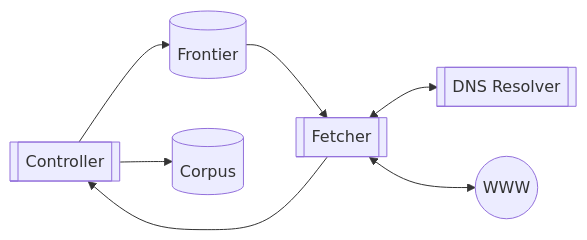
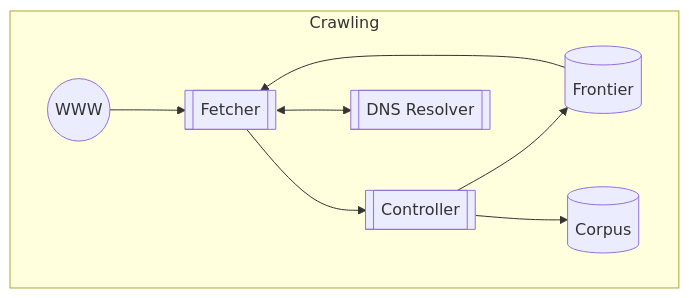
Before and after one commit to UFMG-Organizacao-de-Disciplinas/DCC831-TECC_Recuperacao_de_Informacao: the second of 20 diagrams in Files/Notas de aula.md, drawn with Mermaid. The commit also changed other lines of this file, not shown here.

````diff
--- a/Files/Notas de aula.md
+++ b/Files/Notas de aula.md
@@ -319,20 +326,17 @@
 ```mermaid
 graph LR
 
-  %% [[Controller]] --> [(Frontier)] --> [[Fetcher]] <--> [[DNS Resolver]] & ((WWW))
-  %% [[Fetcher]] --> [[Controller]] --> [(Corpus)]
+  subgraph Crawling
+    direction LR
+    WWW((WWW))
+    fetch[[Fetcher]]
+    DNS[[DNS Resolver]]
+    contr[[Controller]]
+    front[(Frontier)]
+    corp[(Corpus)]
+  end
 
-  contr[[Controller]]
-  front[(Frontier)]
-  fetch[[Fetcher]]
-  DNS[[DNS Resolver]]
-  WWW((WWW))
-  corp[(Corpus)]
-
-  contr --> front
+  WWW --> fetch --> contr --> front & corp
   front --> fetch
   fetch <--> DNS
-  fetch <--> WWW
-  fetch --> contr
-  contr --> corp
 ```
````
